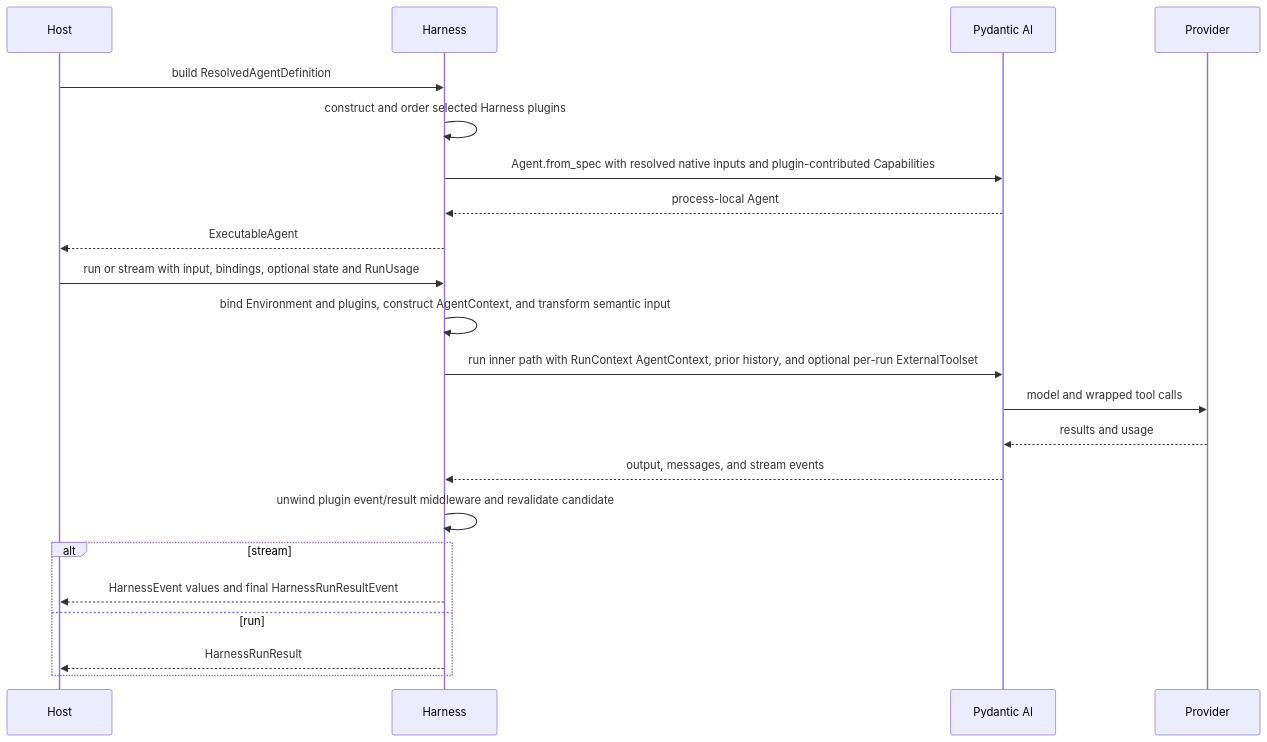
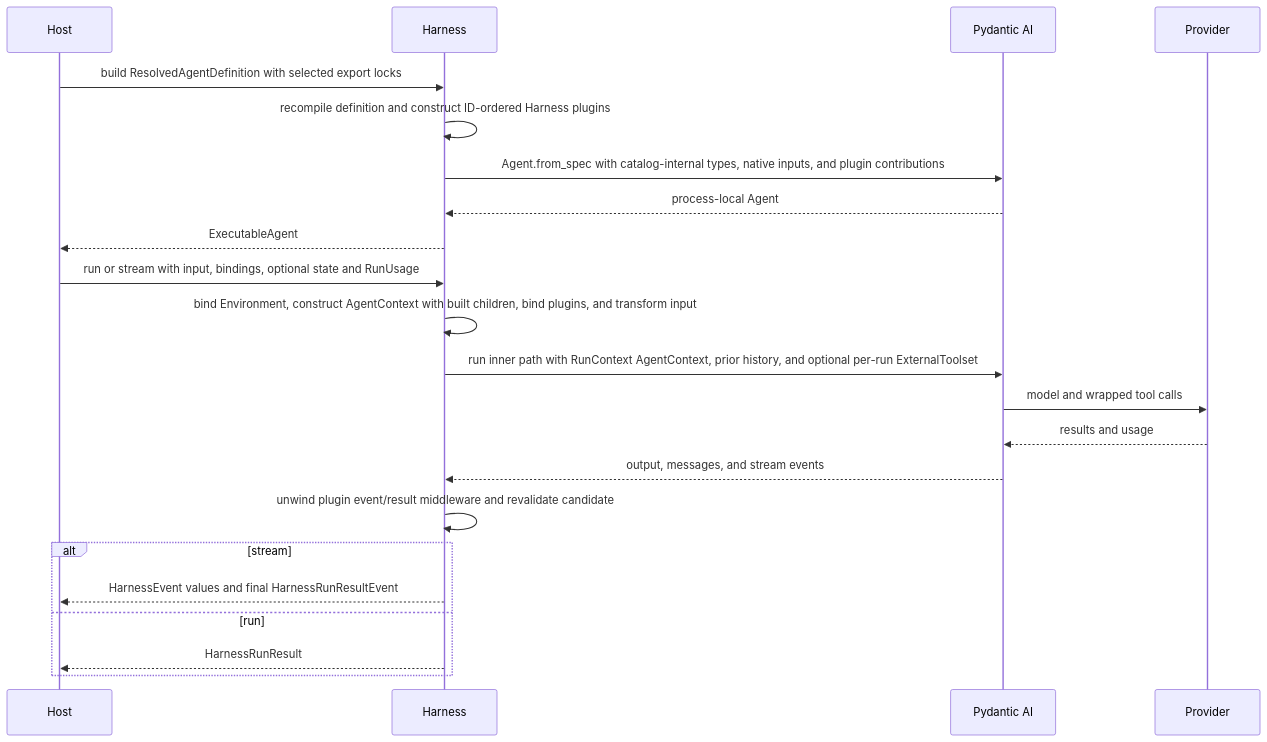
Before and after one commit to LTThreeComma/agent-foundation: the fifth of 5 diagrams in spec/agent-harness/01-pydantic-ai-foundation.md, drawn with Mermaid. The commit also changed other lines of this file and 19 other files, not shown here.

````diff
--- a/spec/agent-harness/01-pydantic-ai-foundation.md
+++ b/spec/agent-harness/01-pydantic-ai-foundation.md
@@ -143,25 +144,25 @@
 ```mermaid
 sequenceDiagram
     participant Host
     participant Harness
     participant Pydantic as Pydantic AI
     participant Provider
 
-    Host->>Harness: build ResolvedAgentDefinition
-    Harness->>Harness: construct and order selected Harness plugins
-    Harness->>Pydantic: Agent.from_spec with resolved native inputs and plugin-contributed Capabilities
+    Host->>Harness: build ResolvedAgentDefinition with selected export locks
+    Harness->>Harness: recompile definition and construct ID-ordered Harness plugins
+    Harness->>Pydantic: Agent.from_spec with catalog-internal types, native inputs, and plugin contributions
     Pydantic-->>Harness: process-local Agent
     Harness-->>Host: ExecutableAgent
     Host->>Harness: run or stream with input, bindings, optional state and RunUsage
-    Harness->>Harness: bind Environment and plugins, construct AgentContext, and transform semantic input
+    Harness->>Harness: bind Environment, construct AgentContext with built children, bind plugins, and transform input
     Harness->>Pydantic: run inner path with RunContext AgentContext, prior history, and optional per-run ExternalToolset
     Pydantic->>Provider: model and wrapped tool calls
     Provider-->>Pydantic: results and usage
     Pydantic-->>Harness: output, messages, and stream events
     Harness->>Harness: unwind plugin event/result middleware and revalidate candidate
     alt stream
         Harness-->>Host: HarnessEvent values and final HarnessRunResultEvent
     else run
         Harness-->>Host: HarnessRunResult
     end
 ```
````
